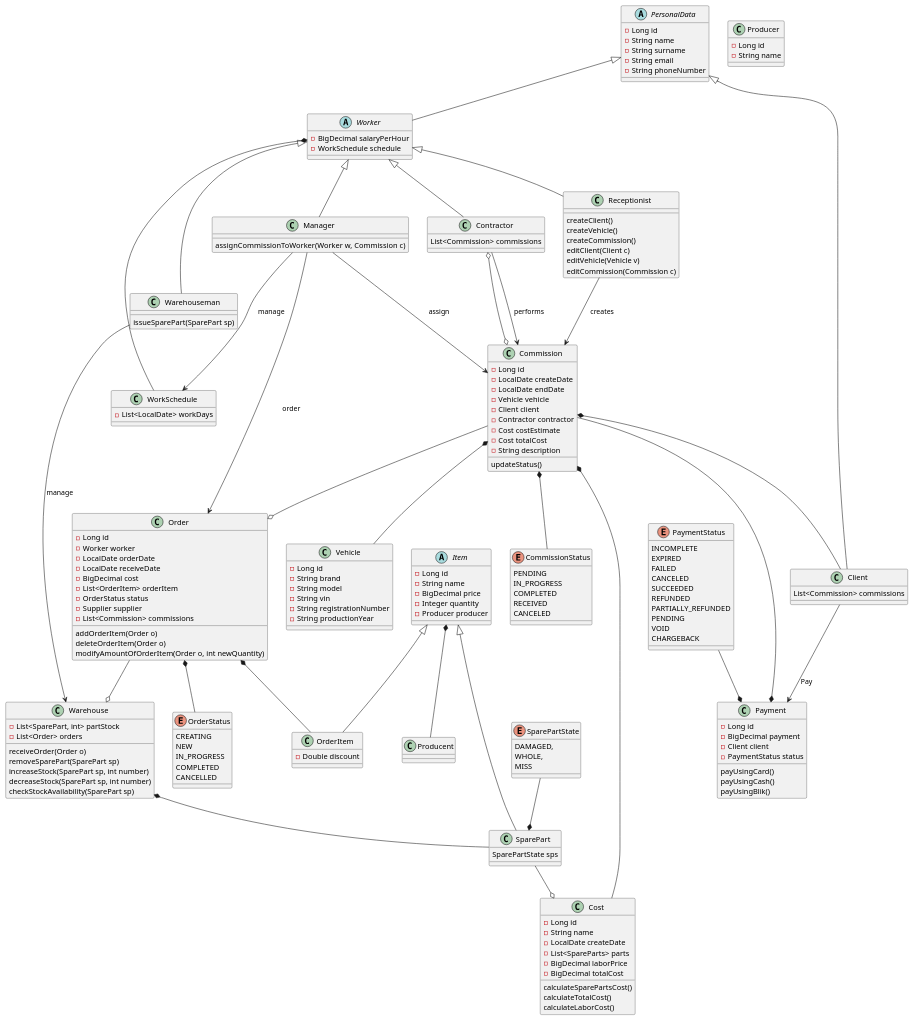
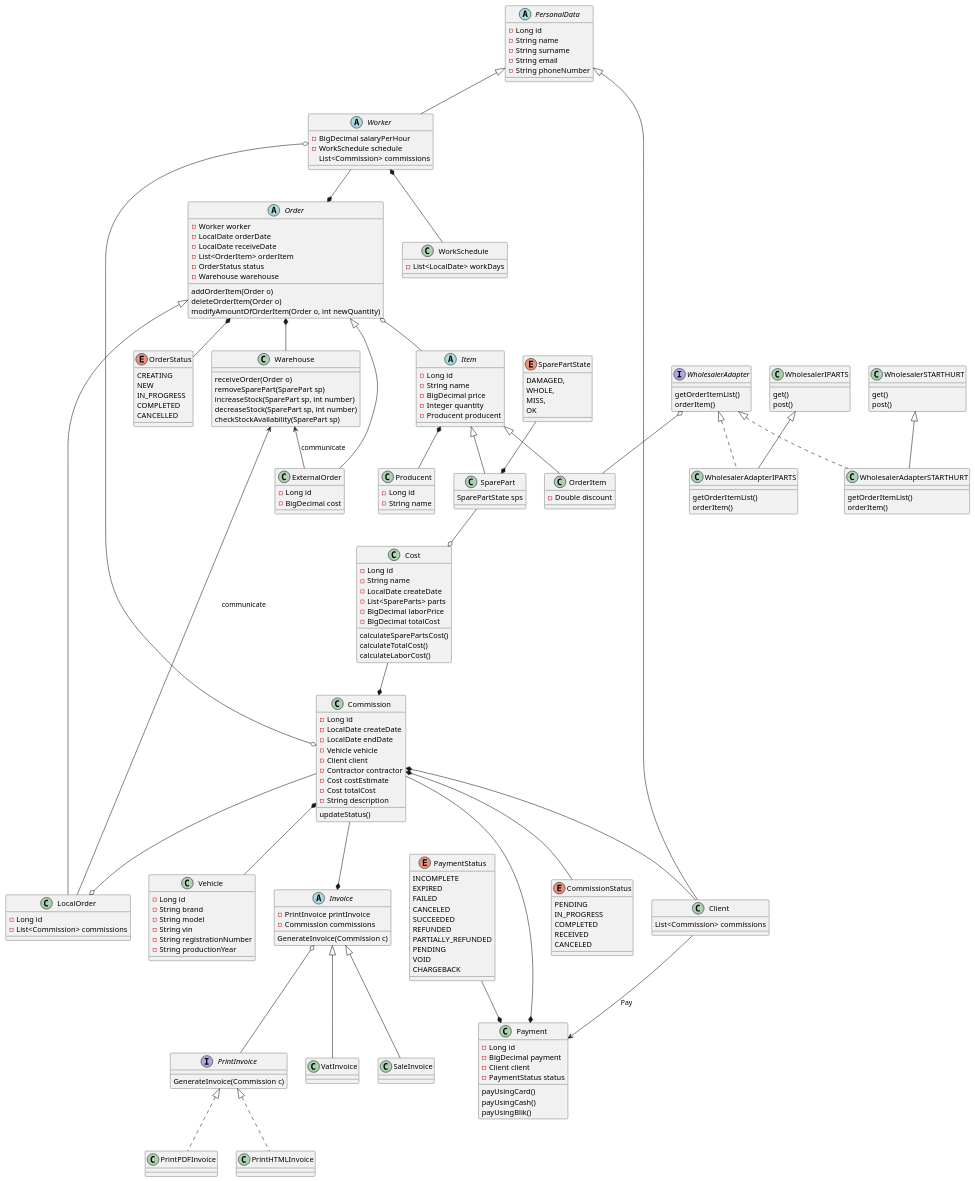
Before and after one commit to WojciechGos/Car-Service: the diagram in CarService/src/main/java/com/carservice/CarService/scifi.puml, drawn with PlantUML.

Commit message:
add: wholesale adapter update: existing relations

```diff
--- a/CarService/src/main/java/com/carservice/CarService/scifi.puml
+++ b/CarService/src/main/java/com/carservice/CarService/scifi.puml
@@ -14,53 +14,17 @@
 abstract class Worker extends PersonalData{
     - BigDecimal salaryPerHour
     - WorkSchedule schedule
+    List<Commission> commissions
 }
 
 class WorkSchedule {
     - List<LocalDate> workDays
 }
 
-class Receptionist extends Worker{
-     createClient()
-     createVehicle()
-     createCommission()
-     editClient(Client c)
-     editVehicle(Vehicle v)
-     editCommission(Commission c)
- }
 
-class Warehouse{
-    - List<SparePart, int> partStock
-    - List<Order> orders
-
-    receiveOrder(Order o)
-    removeSparePart(SparePart sp)
-    increaseStock(SparePart sp, int number)
-    decreaseStock(SparePart sp, int number)
-    checkStockAvailability(SparePart sp)
-}
-enum SparePartState{
-    DAMAGED,
-    WHOLE,
-    MISS
-}
 
 class SparePart extends Item {
     SparePartState sps
-}
-
-class Warehouseman extends Worker {
-    issueSparePart(SparePart sp)
-}
-
-'Mechanic/Vanisher/Elecrtician
-class Contractor extends Worker {
-    List<Commission> commissions
-
-}
-
-class Manager extends Worker {
-    assignCommissionToWorker(Worker w, Commission c)
 }
 
 
@@ -77,6 +41,36 @@
 
     updateStatus()
 }
+
+abstract class Invoice {
+    - PrintInvoice printInvoice
+    - Commission commissions
+
+    GenerateInvoice(Commission c)
+
+
+}
+class VatInvoice extends Invoice {
+}
+
+class SaleInvoice extends Invoice {
+}
+
+interface PrintInvoice {
+    GenerateInvoice(Commission c)
+}
+
+class PrintPDFInvoice implements PrintInvoice {
+}
+
+class PrintHTMLInvoice implements PrintInvoice {
+}
+
+
+
+
+
+
 
 
 class Vehicle {
@@ -98,6 +92,21 @@
     CANCELED
 }
 
+class Warehouse{
+    receiveOrder(Order o)
+    removeSparePart(SparePart sp)
+    increaseStock(SparePart sp, int number)
+    decreaseStock(SparePart sp, int number)
+    checkStockAvailability(SparePart sp)
+}
+enum SparePartState{
+    DAMAGED,
+    WHOLE,
+    MISS,
+    OK
+}
+
+
 class Cost {
     - Long id
     - String name
@@ -114,30 +123,63 @@
 class OrderItem extends Item{
     - Double discount
 }
-class Order {
-    - Long id
+abstract class Order {
     - Worker worker
     - LocalDate orderDate
     - LocalDate receiveDate
-    - BigDecimal cost
     - List<OrderItem> orderItem
     - OrderStatus status
-    - Supplier supplier
-   - List<Commission> commissions
-    'For warehouseman to set status COMPLETED
+    - Warehouse warehouse
 
     addOrderItem(Order o)
     deleteOrderItem(Order o)
     modifyAmountOfOrderItem(Order o, int newQuantity)
 }
+
+class LocalOrder extends Order {
+    - Long id
+    - List<Commission> commissions
+}
+class ExternalOrder extends Order {
+    - Long id
+    - BigDecimal cost
+}
+
+interface WholesalerAdapter {
+    getOrderItemList()
+    orderItem()
+}
+
+class WholesalerIPARTS {
+    get()
+    post()
+}
+
+class WholesalerAdapterIPARTS extends WholesalerIPARTS implements WholesalerAdapter{
+    getOrderItemList()
+    orderItem()
+}
+
+class WholesalerSTARTHURT {
+    get()
+    post()
+}
+
+class WholesalerAdapterSTARTHURT extends WholesalerSTARTHURT implements WholesalerAdapter{
+    getOrderItemList()
+    orderItem()
+}
+
+WholesalerAdapter o-- OrderItem
+
 abstract class Item {
     - Long id
     - String name
     - BigDecimal price
     - Integer quantity
-    - Producer producer
+    - Producent producent
 }
-class Producer {
+class Producent {
     - Long id
     - String name
 }
@@ -175,33 +217,33 @@
 Client --> Payment : "Pay"
 PaymentStatus --* Payment
 
-Warehouse *-- SparePart
+Warehouse <-- ExternalOrder : "communicate"
+Warehouse <-- LocalOrder : "communicate"
+
 SparePart --o Cost
 Cost --* Commission
-
-Manager --> WorkSchedule : "manage"
 
 SparePartState --* SparePart
 Item *-- Producent
 Order *-- OrderStatus
 Commission *-- Client
 Commission *-- Vehicle
-Commission --o Order
+Commission --o LocalOrder
 Commission *-- CommissionStatus
 Commission --* Payment
-Warehouseman --> Warehouse : "manage"
 
-Receptionist --> Commission : "creates"
 
-Manager --> Commission : "assign"
-Manager --> Order : "order"
-Order --o Warehouse
+Order *-- Warehouse
+Order o-- Item
 
-Contractor o-o Commission
-Contractor --> Commission : "performs"
-Order *-- OrderItem
+Worker o-o Commission
+
+Worker --* Order
 
 Worker *-- WorkSchedule
 
+Invoice o-- PrintInvoice
+Commission --* Invoice
+
 
 @enduml
```
